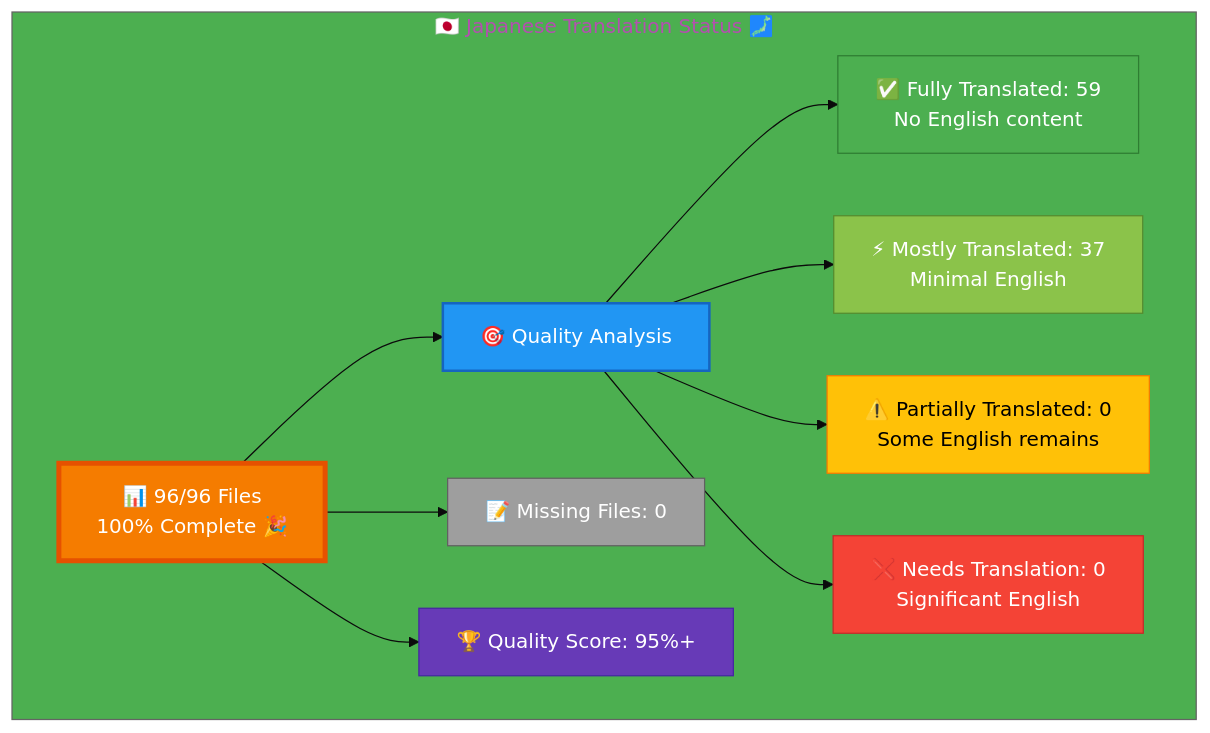
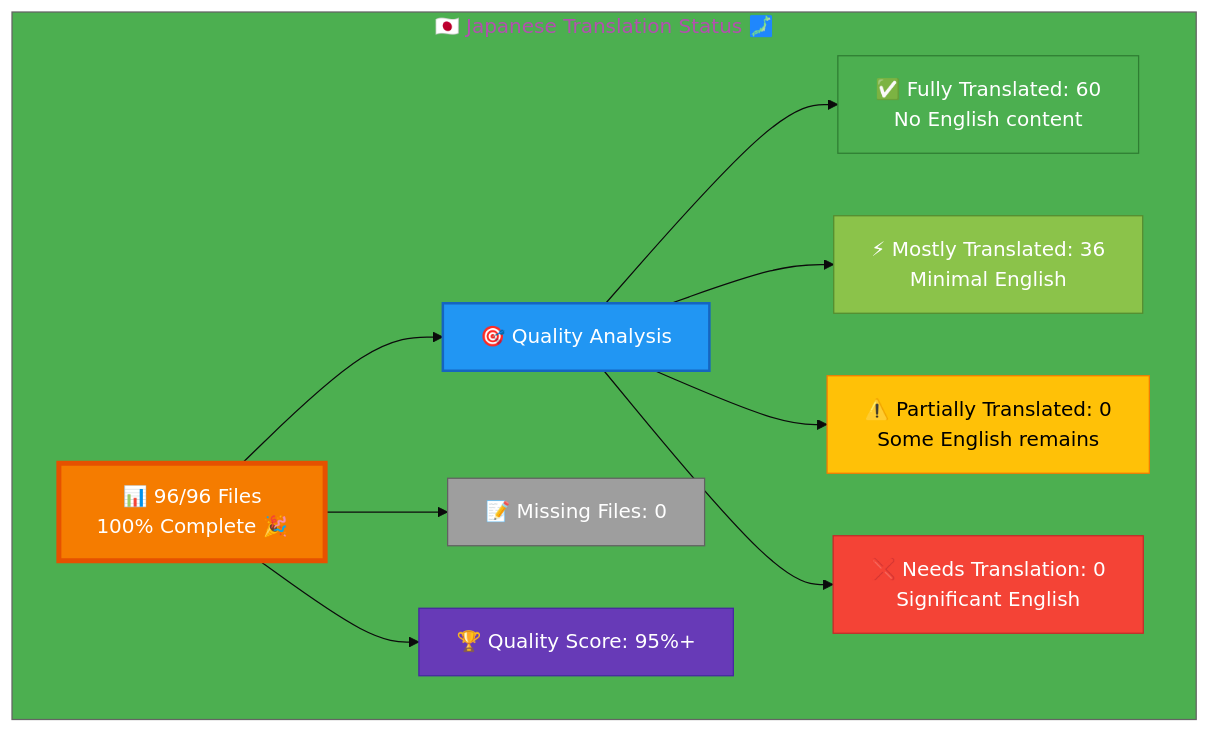
One commit to Hack23/homepage changed the diagram in Japanese-Translation-Status.md. Above: the diagram before and after it, drawn with Mermaid. The commit also changed other lines of this file and 1 other file, not shown here.

Commit message:
Fix terminology consistency and update translation status metadata

````diff
--- a/Japanese-Translation-Status.md
+++ b/Japanese-Translation-Status.md
@@ -12,26 +12,26 @@
 ```mermaid
 %%{init: {'theme':'base', 'themeVariables': {'primaryColor':'#F57C00','secondaryColor':'#2196F3','tertiaryColor':'#4CAF50','fontSize':'16px'}}}%%
 graph TB
     subgraph "🇯🇵 Japanese Translation Status 🗾"
         A["📊 96/96 Files<br/>100% Complete 🎉 "]
         
         A --> B["🎯 Quality Analysis"]
-        B --> C["✅ Fully Translated: 59<br/>No English content"]
-        B --> D["⚡ Mostly Translated: 37<br/>Minimal English"]
+        B --> C["✅ Fully Translated: 60<br/>No English content"]
+        B --> D["⚡ Mostly Translated: 36<br/>Minimal English"]
         B --> E["⚠️  Partially Translated: 0<br/>Some English remains"]
         B --> F["❌ Needs Translation: 0<br/>Significant English"]
         
         A --> G["📝 Missing Files: 0"]
         
         A --> H["🏆 Quality Score: 95%+"]
         
         style A fill:#F57C00,stroke:#E65100,color:#fff,stroke-width:4px
         style B fill:#2196F3,stroke:#1565C0,color:#fff,stroke-width:2px
         style C fill:#4CAF50,stroke:#2E7D32,color:#fff
         style D fill:#8BC34A,stroke:#558B2F,color:#fff
         style E fill:#FFC107,stroke:#F57C00,color:#000
         style F fill:#F44336,stroke:#C62828,color:#fff
         style G fill:#9E9E9E,stroke:#616161,color:#fff
         style H fill:#673AB7,stroke:#4527A0,color:#fff
     end
 ```
````
